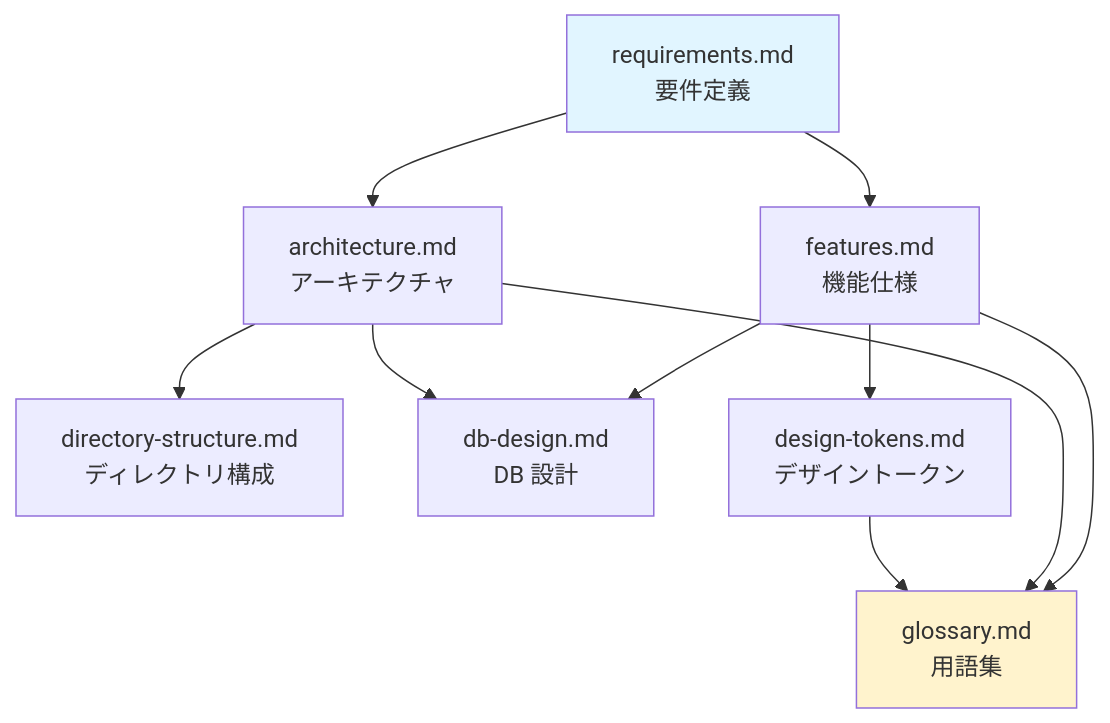
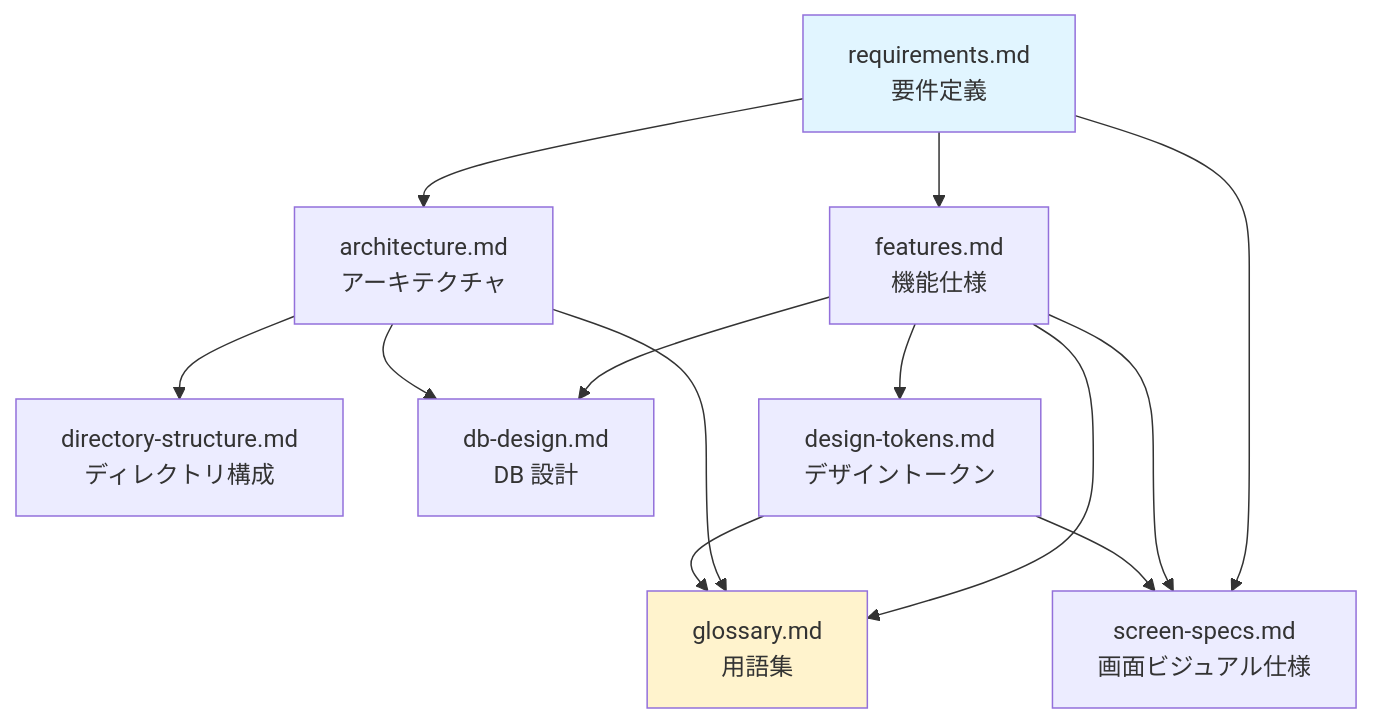
One commit to katsudon08/prog-path changed the diagram in docs/README.md. Above: the diagram before and after it, drawn with Mermaid. The commit also changed other lines of this file and 3 other files, not shown here.

First line of the commit message:
docs: 画面ビジュアル仕様(screen-specs.md)を作成し design-tokens/features を同期 (#245)

````diff
--- a/docs/README.md
+++ b/docs/README.md
@@ -41,23 +43,27 @@
 ```mermaid
 flowchart TD
     req["requirements.md<br/>要件定義"]
     feat["features.md<br/>機能仕様"]
+    scr["screen-specs.md<br/>画面ビジュアル仕様"]
     arch["architecture.md<br/>アーキテクチャ"]
     dir["directory-structure.md<br/>ディレクトリ構成"]
     db["db-design.md<br/>DB 設計"]
     glo["glossary.md<br/>用語集"]
     tok["design-tokens.md<br/>デザイントークン"]
 
     req --> feat
     req --> arch
+    req --> scr
     feat --> db
     feat --> glo
+    feat --> scr
     arch --> dir
     arch --> db
     arch --> glo
     feat --> tok
+    tok --> scr
     tok --> glo
 
     style req fill:#e1f5ff
     style glo fill:#fff3cd
 ```
````
